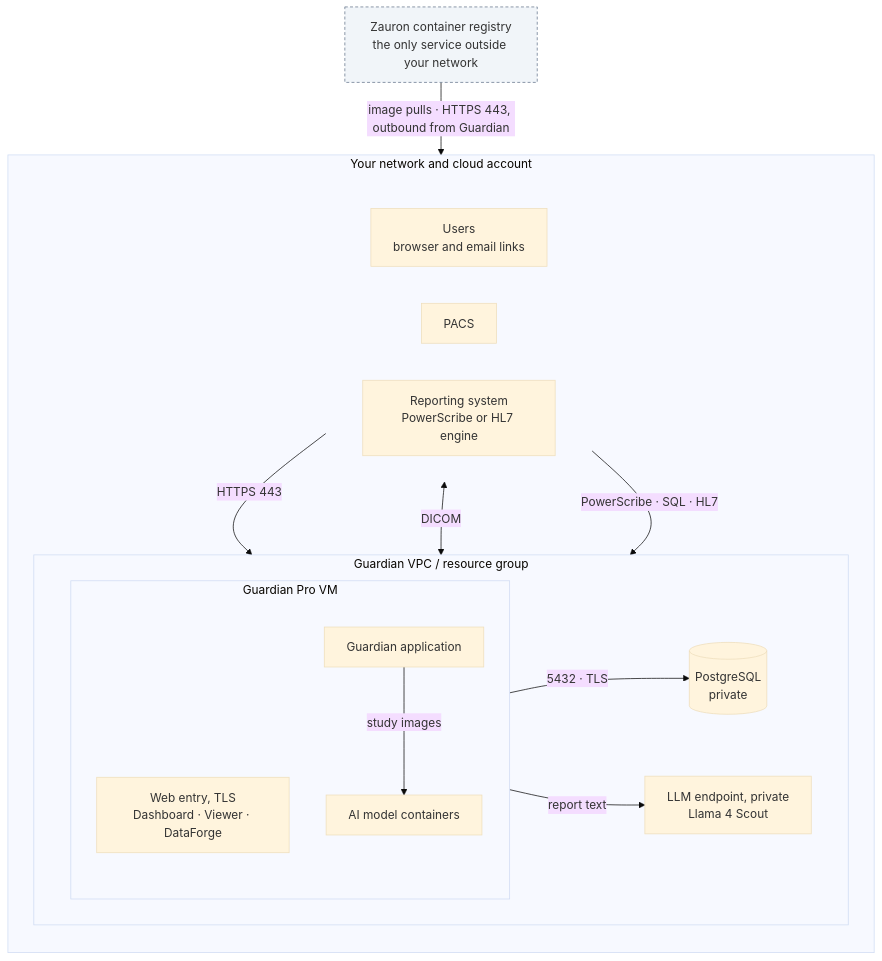
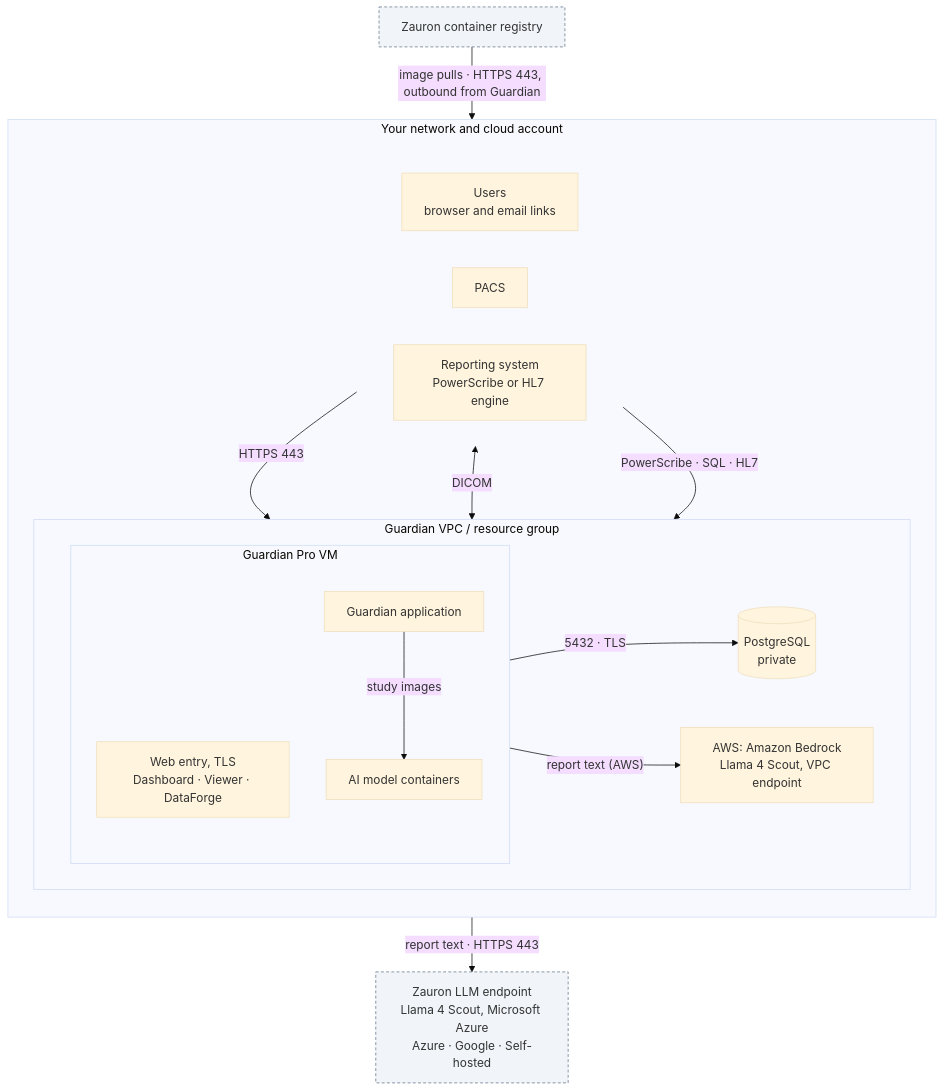
The diagram in docs/installation.md (Zauron-Labs/guardian-pro-gitbook), drawn with Mermaid (base theme) before and after one commit. The commit also changed other lines of this file and 1 other file, not shown here.

First line of the commit message:
Installation: Self-hosted database on the Guardian VM, Linux distros, LLM location, DB requirements (#27)

````diff
--- a/docs/installation.md
+++ b/docs/installation.md
@@ -220,36 +224,38 @@
 ```mermaid
 flowchart TB
     subgraph NET["Your network and cloud account"]
         direction TB
         subgraph TOP[" "]
             direction LR
             USERS["Users<br/>browser and email links"]
             PACS["PACS"]
             RPT["Reporting system<br/>PowerScribe or HL7 engine"]
         end
         subgraph GVPC["Guardian VPC / resource group"]
             direction LR
             subgraph VM["Guardian Pro VM"]
                 direction TB
                 WEB["Web entry, TLS<br/>Dashboard · Viewer · DataForge"]
                 APP["Guardian application"]
                 MODELS["AI model containers"]
             end
             DB[("PostgreSQL<br/>private")]
-            LLM["LLM endpoint, private<br/>Llama 4 Scout"]
+            LLM["AWS: Amazon Bedrock<br/>Llama 4 Scout, VPC endpoint"]
         end
     end
-    REG["Zauron container registry<br/>the only service outside your network"]
+    REG["Zauron container registry"]
+    ZLLM["Zauron LLM endpoint<br/>Llama 4 Scout, Microsoft Azure<br/>Azure · Google · Self-hosted"]
 
     USERS -->|"HTTPS 443"| WEB
     PACS <-->|"DICOM"| APP
     RPT -->|"PowerScribe · SQL · HL7"| APP
     APP -->|"study images"| MODELS
     APP -->|"5432 · TLS"| DB
-    APP -->|"report text"| LLM
+    APP -->|"report text (AWS)"| LLM
+    APP -->|"report text · HTTPS 443"| ZLLM
     REG -->|"image pulls · HTTPS 443, outbound from Guardian"| APP
 
     style TOP fill:none,stroke:none
     classDef ext fill:#f1f5f9,stroke:#64748b,stroke-dasharray: 4 3
-    class REG ext
+    class REG,ZLLM ext
 ```
````
